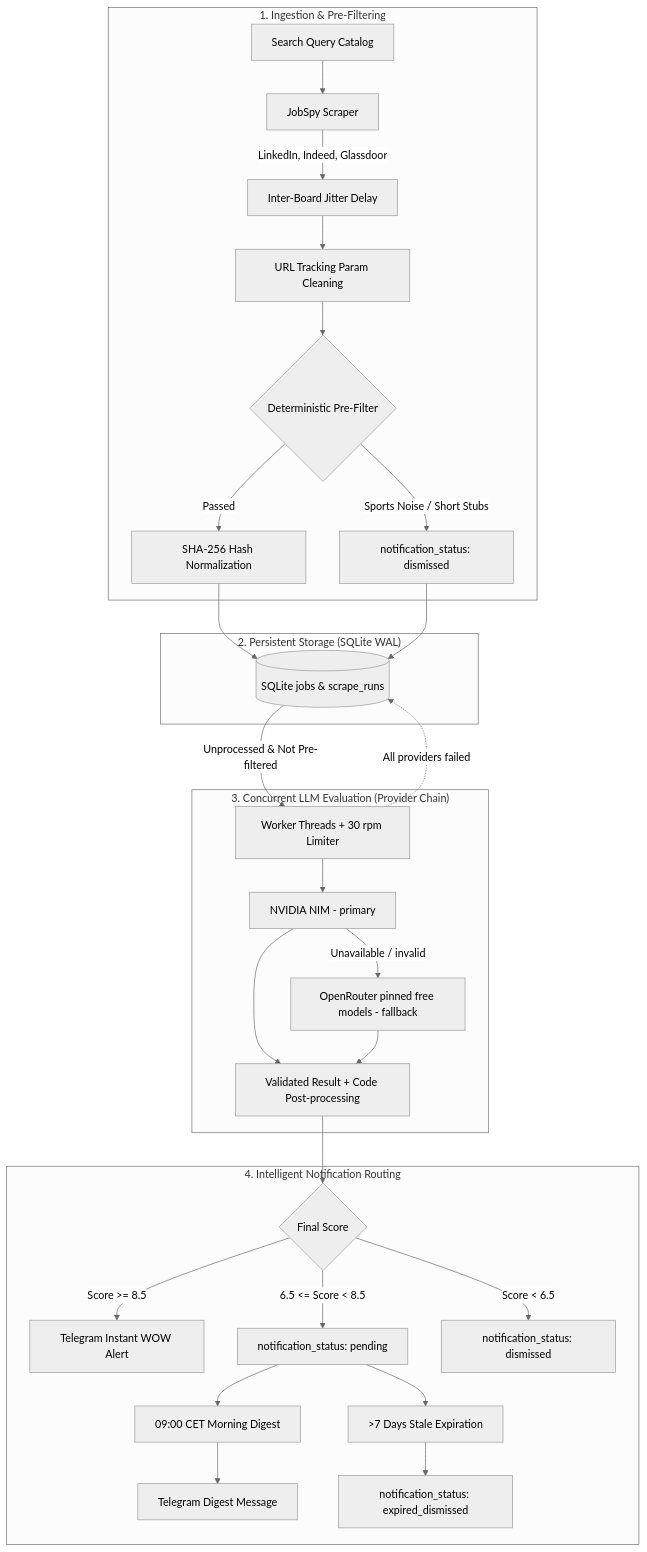
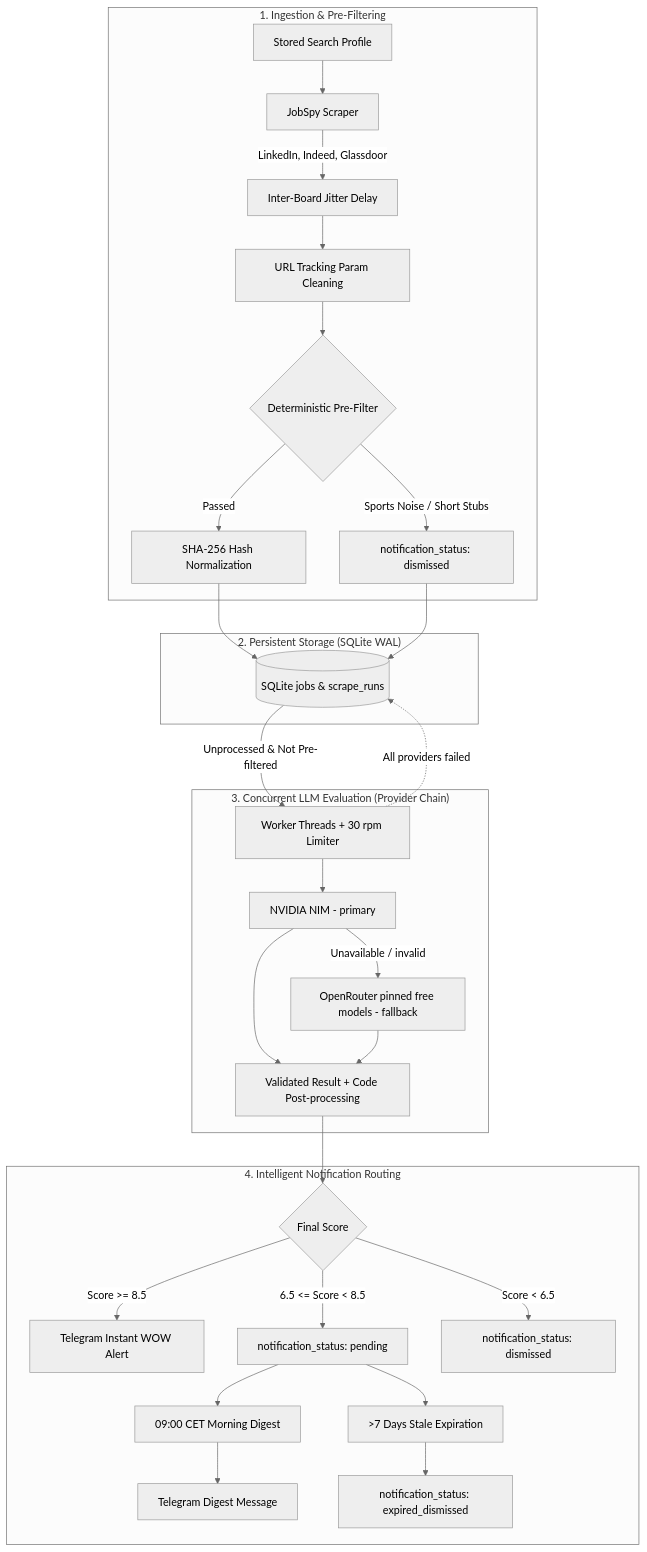
The diagram in README.md (Btema2/jobspy-coach), drawn with Mermaid (neutral theme) before and after one commit. The commit also changed other lines of this file and 3 other files, not shown here.

````diff
--- a/README.md
+++ b/README.md
@@ -82,36 +82,36 @@
 ```mermaid
 flowchart TD
     subgraph Ingestion["1. Ingestion & Pre-Filtering"]
-        QC[Search Query Catalog] --> Scraper[JobSpy Scraper]
+        QC[Stored Search Profile] --> Scraper[JobSpy Scraper]
         Scraper -->|LinkedIn, Indeed, Glassdoor| Jitter[Inter-Board Jitter Delay]
         Jitter --> URLClean[URL Tracking Param Cleaning]
         URLClean --> PreFilter{Deterministic Pre-Filter}
         PreFilter -->|Sports Noise / Short Stubs| DismissPF[notification_status: dismissed]
         PreFilter -->|Passed| Dedup[SHA-256 Hash Normalization]
     end
 
     subgraph Storage["2. Persistent Storage (SQLite WAL)"]
         Dedup --> DB[(SQLite jobs & scrape_runs)]
         DismissPF --> DB
     end
 
     subgraph Evaluation["3. Concurrent LLM Evaluation (Provider Chain)"]
         DB -->|Unprocessed & Not Pre-filtered| Pool[Worker Threads + 30 rpm Limiter]
         Pool --> NIM[NVIDIA NIM - primary]
         NIM -->|Unavailable / invalid| OR[OpenRouter pinned free models - fallback]
         NIM --> ParseJSON[Validated Result + Code Post-processing]
         OR --> ParseJSON
         Pool -.->|All providers failed| DB
     end
 
     subgraph Routing["4. Intelligent Notification Routing"]
         ParseJSON --> ScoreBranch{Final Score}
         ScoreBranch -->|Score >= 8.5| WOWAlert[Telegram Instant WOW Alert]
         ScoreBranch -->|6.5 <= Score < 8.5| DigestQueue[notification_status: pending]
         ScoreBranch -->|Score < 6.5| DismissLow[notification_status: dismissed]
         DigestQueue --> MorningCron[09:00 CET Morning Digest]
         MorningCron --> DigestDispatch[Telegram Digest Message]
         DigestQueue --> StaleSweep[>7 Days Stale Expiration]
         StaleSweep --> ExpiredDismiss[notification_status: expired_dismissed]
     end
 ```
````
